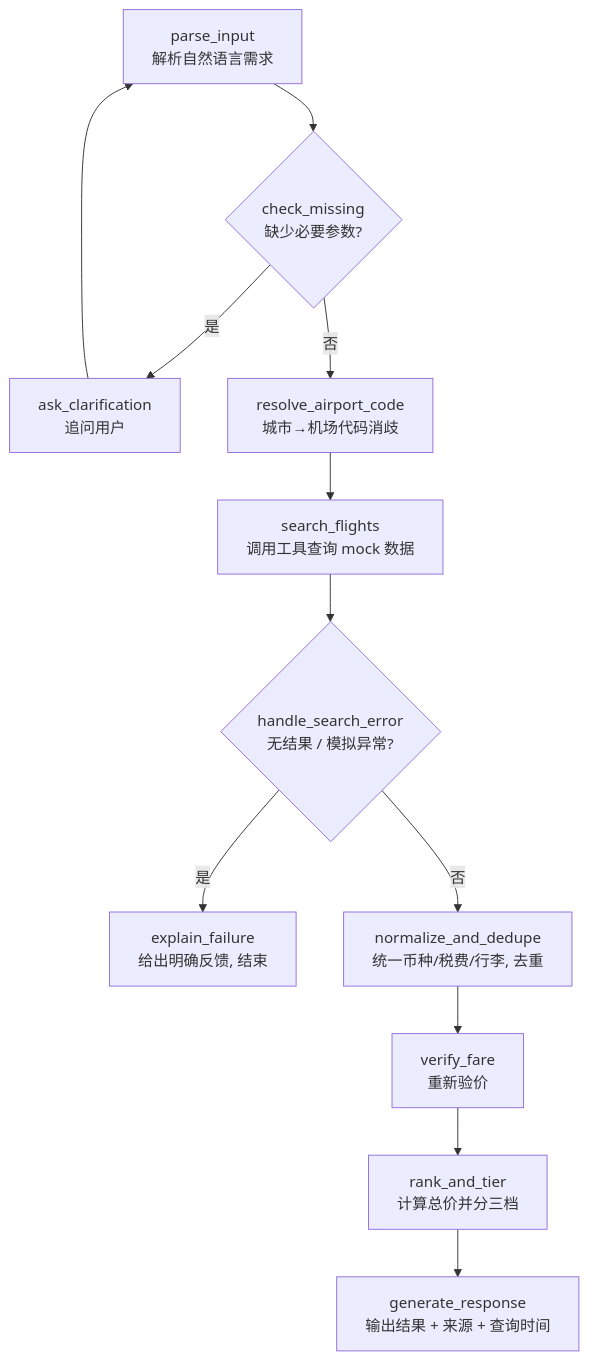
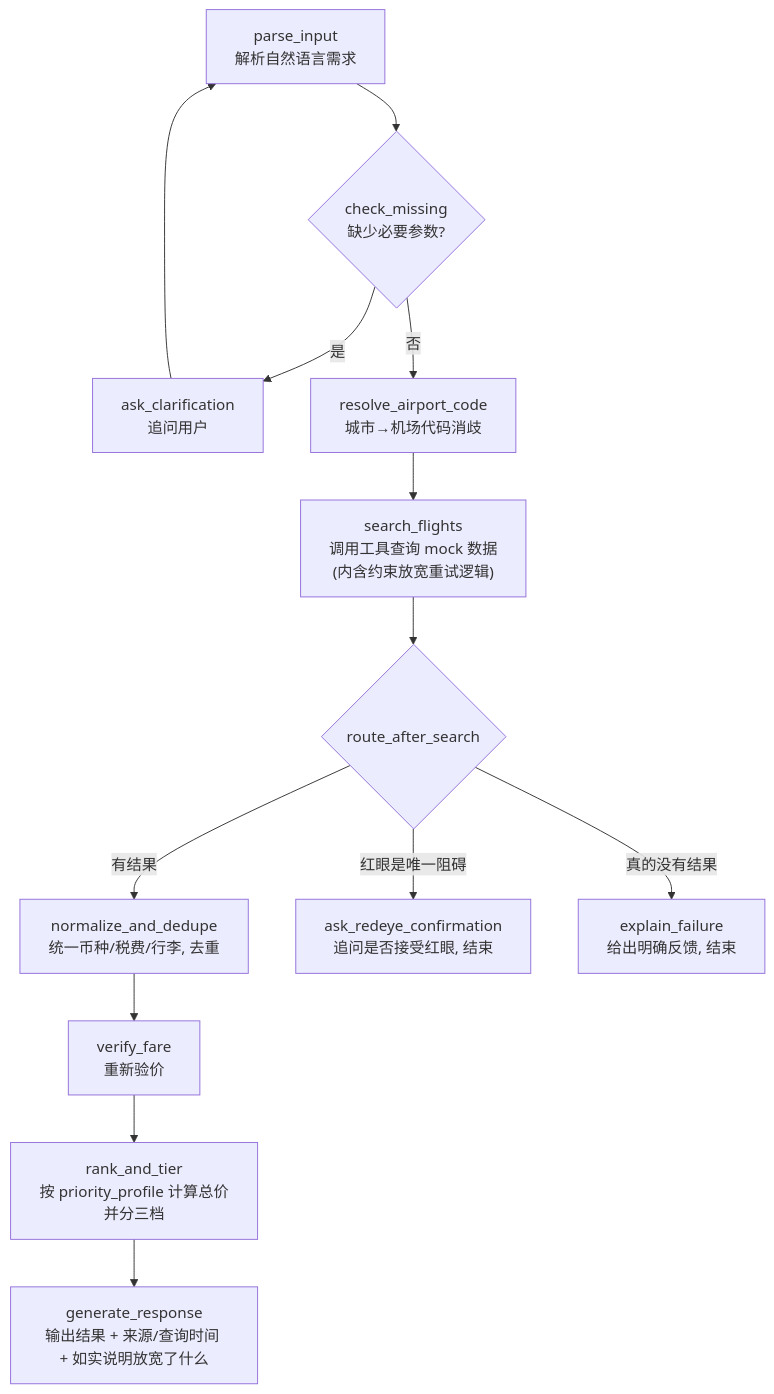
Before and after one commit to Marshall0214/flight-price-compare: the diagram in README.md, drawn with Mermaid. The commit also changed other lines of this file and 15 other files, not shown here.

````diff
--- a/README.md
+++ b/README.md
@@ -23,14 +25,15 @@
 ```mermaid
 flowchart TD
     A[parse_input\n解析自然语言需求] --> B{check_missing\n缺少必要参数?}
     B -- 是 --> C[ask_clarification\n追问用户]
     C --> A
     B -- 否 --> D[resolve_airport_code\n城市→机场代码消歧]
-    D --> E[search_flights\n调用工具查询 mock 数据]
-    E --> F{handle_search_error\n无结果 / 模拟异常?}
-    F -- 是 --> G[explain_failure\n给出明确反馈, 结束]
-    F -- 否 --> H[normalize_and_dedupe\n统一币种/税费/行李, 去重]
+    D --> E["search_flights\n调用工具查询 mock 数据\n(内含约束放宽重试逻辑)"]
+    E --> F{route_after_search}
+    F -- 有结果 --> H[normalize_and_dedupe\n统一币种/税费/行李, 去重]
+    F -- 红眼是唯一阻碍 --> R[ask_redeye_confirmation\n追问是否接受红眼, 结束]
+    F -- 真的没有结果 --> G[explain_failure\n给出明确反馈, 结束]
     H --> I[verify_fare\n重新验价]
-    I --> J[rank_and_tier\n计算总价并分三档]
-    J --> K[generate_response\n输出结果 + 来源 + 查询时间]
+    I --> J["rank_and_tier\n按 priority_profile 计算总价并分三档"]
+    J --> K[generate_response\n输出结果 + 来源/查询时间 + 如实说明放宽了什么]
 ```
````
